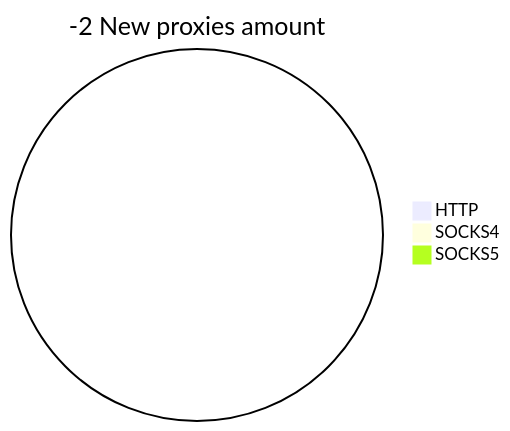
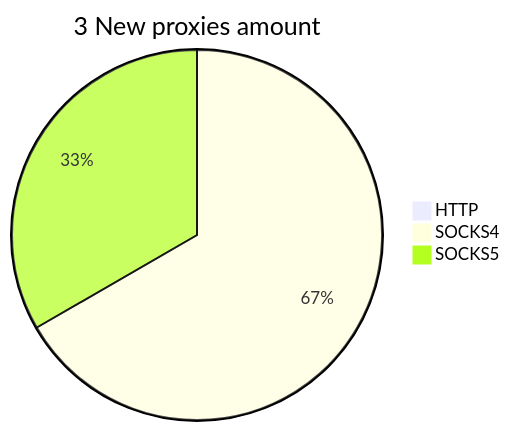
The second of 2 diagrams in README.md (cutipu/proxylist), drawn with Mermaid before and after one commit. The commit also changed other lines of this file, not shown here.

````diff
--- a/README.md
+++ b/README.md
@@ -10,6 +10,6 @@
 ```mermaid
-pie title -2 New proxies amount
+pie title 3 New proxies amount
     "HTTP" : 0
-    "SOCKS4" : 0
-    "SOCKS5" : 0
+    "SOCKS4" : 2
+    "SOCKS5" : 1
 ```
````
